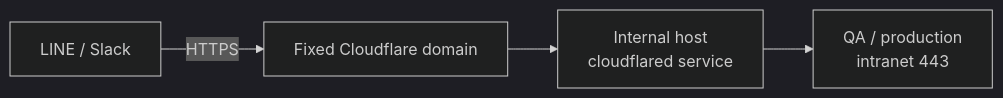
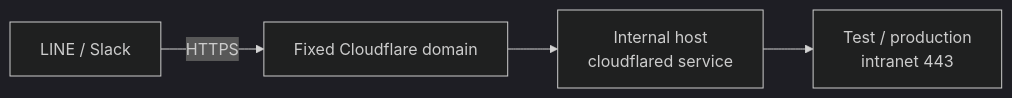
The diagram in src/content/projects-en/robot-push-notifications.md (leemengju/leemengju.github.io), drawn with Mermaid (dark theme) before and after one commit. The commit also changed other lines of this file and 13 other files, not shown here.

````diff
--- a/src/content/projects-en/robot-push-notifications.md
+++ b/src/content/projects-en/robot-push-notifications.md
@@ -47,6 +49,6 @@
 ```mermaid
 flowchart LR
     A[LINE / Slack] -->|HTTPS| B[Fixed Cloudflare domain]
     B --> C[Internal host<br/>cloudflared service]
-    C --> D[QA / production<br/>intranet 443]
+    C --> D[Test / production<br/>intranet 443]
 ```
````
